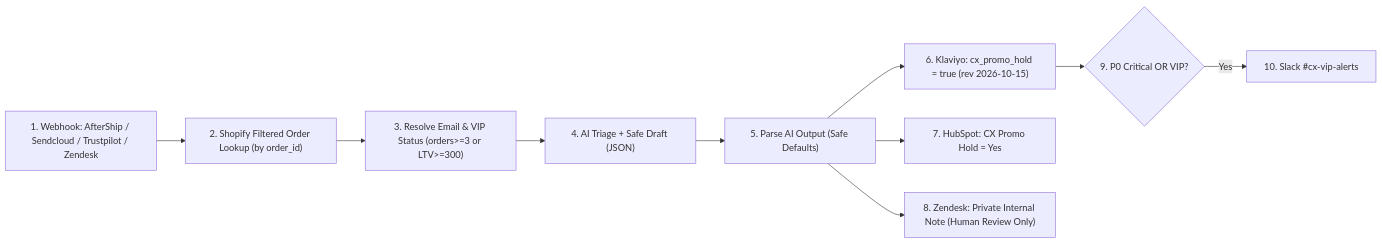
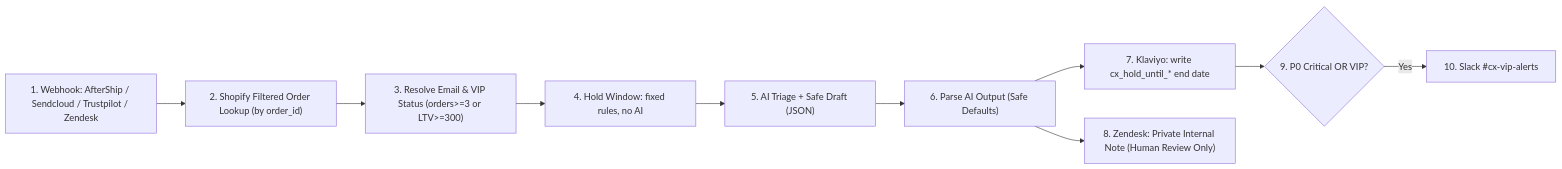
Before and after one commit to errer441122/cx-crm-promo-guard: the diagram in README.md, drawn with Mermaid. The commit also changed other lines of this file and 11 other files, not shown here.

````diff
--- a/README.md
+++ b/README.md
@@ -26,12 +26,12 @@
 ```mermaid
 flowchart LR
     W["1. Webhook: AfterShip / Sendcloud / Trustpilot / Zendesk"] --> SH["2. Shopify Filtered Order Lookup (by order_id)"]
     SH --> R["3. Resolve Email & VIP Status (orders>=3 or LTV>=300)"]
-    R --> AI["4. AI Triage + Safe Draft (JSON)"]
-    AI --> P["5. Parse AI Output (Safe Defaults)"]
-    P --> KL["6. Klaviyo: cx_promo_hold = true (rev 2026-10-15)"]
-    P --> HS["7. HubSpot: CX Promo Hold = Yes"]
+    R --> HW["4. Hold Window: fixed rules, no AI"]
+    HW --> AI["5. AI Triage + Safe Draft (JSON)"]
+    AI --> P["6. Parse AI Output (Safe Defaults)"]
+    P --> KL["7. Klaviyo: write cx_hold_until_* end date"]
     P --> ZD["8. Zendesk: Private Internal Note (Human Review Only)"]
     KL --> G{"9. P0 Critical OR VIP?"}
     G -- "Yes" --> SL["10. Slack #cx-vip-alerts"]
 ```
````
